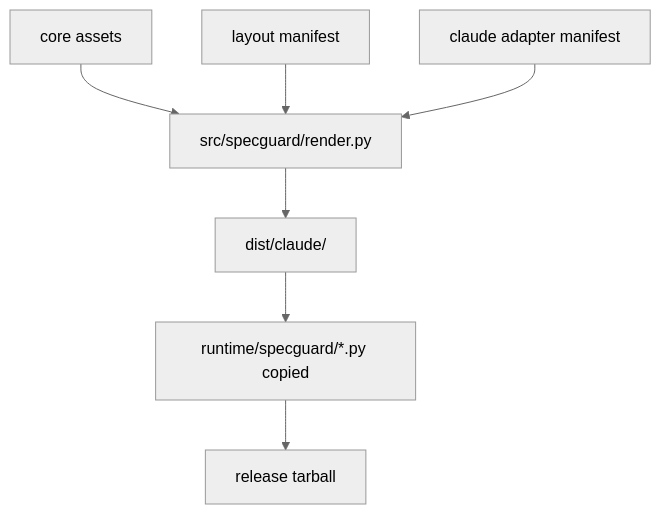
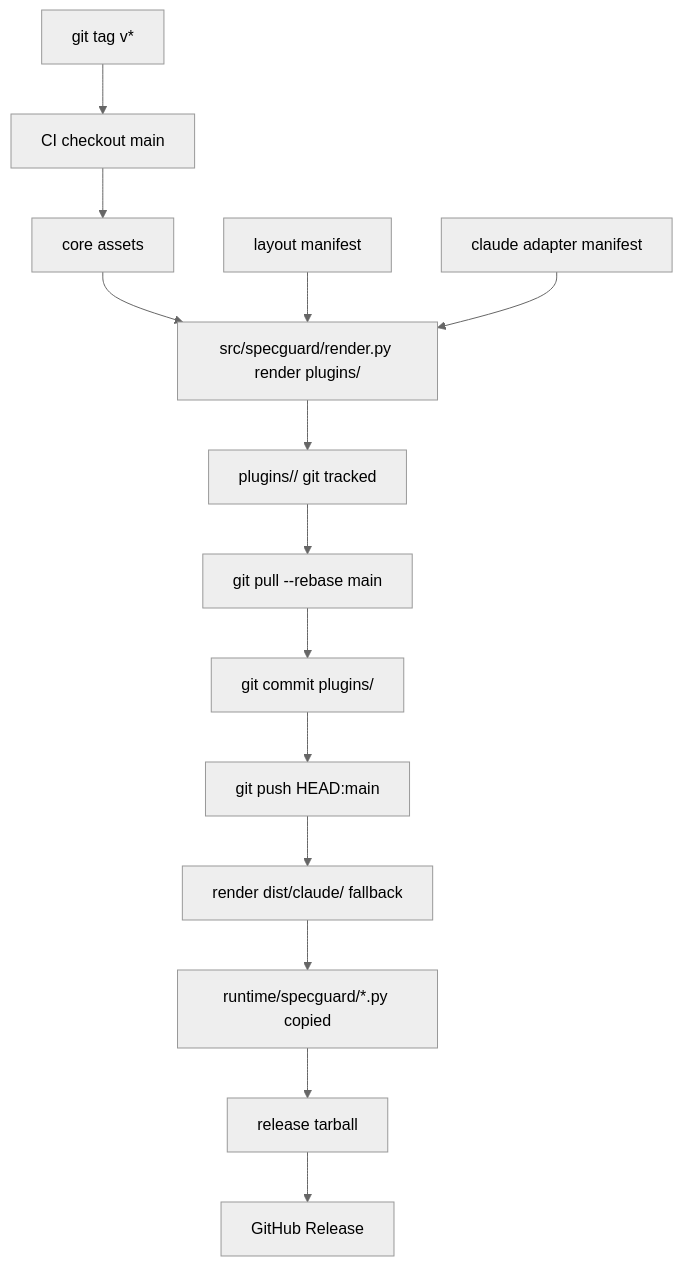
The first of 3 diagrams in docs/specguard/design.md (saberhaha/specguard), drawn with Mermaid (neutral theme) before and after one commit. The commit also changed other lines of this file and 4 other files, not shown here.

````diff
--- a/docs/specguard/design.md
+++ b/docs/specguard/design.md
@@ -26,9 +26,16 @@
 ```mermaid
 flowchart TD
-  A[core assets] --> R[src/specguard/render.py]
-  L[layout manifest] --> R
-  C[claude adapter manifest] --> R
-  R --> D[dist/claude/<layout>]
-  D --> M[runtime/specguard/*.py copied]
-  M --> T[release tarball]
+  T[git tag v*] --> CI[CI checkout main]
+  CI --> A[core assets]
+  A --> RP[src/specguard/render.py render plugins/<layout>]
+  L[layout manifest] --> RP
+  C[claude adapter manifest] --> RP
+  RP --> PD[plugins/<layout>/ git tracked]
+  PD --> PR[git pull --rebase main]
+  PR --> PC[git commit plugins/]
+  PC --> PP[git push HEAD:main]
+  PP --> RD[render dist/claude/<layout> fallback]
+  RD --> M[runtime/specguard/*.py copied]
+  M --> TB[release tarball]
+  TB --> GR[GitHub Release]
 ```
````
